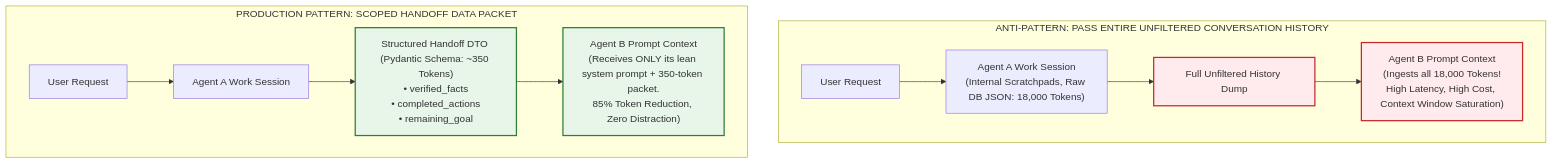
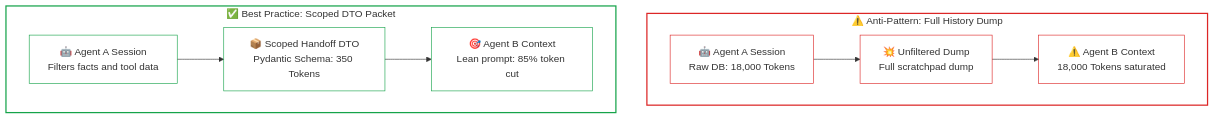
Before and after one commit to dip4k/senior-engineer-to-ai-engineer-roadmap: the fourth of 6 diagrams in 04-agentic-systems-and-orchestration/05-multi-agent-coordination-and-a2a-protocols.md, drawn with Mermaid. The commit also changed other lines of this file and 94 other files, not shown here.

Commit message:
refactor(curriculum): complete Phase 04 upgrade and enforce diagram renderer invariants

````diff
--- a/04-agentic-systems-and-orchestration/05-multi-agent-coordination-and-a2a-protocols.md
+++ b/04-agentic-systems-and-orchestration/05-multi-agent-coordination-and-a2a-protocols.md
@@ -125,21 +149,23 @@
 ```mermaid
 flowchart TD
-    classDef bad fill:#ffebee,stroke:#c62828,stroke-width:2px;
-    classDef good fill:#e8f5e9,stroke:#2e7d32,stroke-width:2px;
-    classDef opt fill:#e1f5fe,stroke:#0288d1,stroke-width:2px;
-    classDef step fill:#ffffff,stroke:#333,stroke-width:1px;
-
-    subgraph AntiPattern["ANTI-PATTERN: PASS ENTIRE UNFILTERED CONVERSATION HISTORY"]
-        direction LR
-        AP_User["User Request"] --> AP_A["Agent A Work Session\n(Internal Scratchpads, Raw DB JSON: 18,000 Tokens)"]
-        --> AP_Dump["Full Unfiltered History Dump"]:::bad
-        --> AP_B["Agent B Prompt Context\n(Ingests all 18,000 Tokens!\nHigh Latency, High Cost, Context Window Saturation)"]:::bad
+    subgraph AntiPattern["⚠️ Anti-Pattern: Full History Dump"]
+        AP_A["🤖 Agent A Session<br/>Raw DB: 18,000 Tokens"]
+        --> AP_Dump["💥 Unfiltered Dump<br/>Full scratchpad dump"]
+        --> AP_B["⚠️ Agent B Context<br/>18,000 Tokens saturated"]
     end
 
-    subgraph BestPractice["PRODUCTION PATTERN: SCOPED HANDOFF DATA PACKET"]
-        direction LR
-        BP_User["User Request"] --> BP_A["Agent A Work Session"]
-        --> BP_DTO["Structured Handoff DTO (Pydantic Schema: ~350 Tokens)\n• verified_facts\n• completed_actions\n• remaining_goal"]:::good
-        --> BP_B["Agent B Prompt Context\n(Receives ONLY its lean system prompt + 350-token packet.\n85% Token Reduction, Zero Distraction)"]:::good
+    subgraph BestPractice["✅ Best Practice: Scoped DTO Packet"]
+        BP_A["🤖 Agent A Session<br/>Filters facts and tool data"]
+        --> BP_DTO["📦 Scoped Handoff DTO<br/>Pydantic Schema: 350 Tokens"]
+        --> BP_B["🎯 Agent B Context<br/>Lean prompt: 85% token cut"]
     end
+
+    style AntiPattern fill:none,stroke:#dc2626,stroke-width:2px
+    style BestPractice fill:none,stroke:#16a34a,stroke-width:2px
+    style AP_A stroke:#dc2626,stroke-width:1px,fill:none
+    style AP_Dump stroke:#dc2626,stroke-width:1px,fill:none
+    style AP_B stroke:#dc2626,stroke-width:1px,fill:none
+    style BP_A stroke:#16a34a,stroke-width:1px,fill:none
+    style BP_DTO stroke:#16a34a,stroke-width:1px,fill:none
+    style BP_B stroke:#16a34a,stroke-width:1px,fill:none
 ```
````
